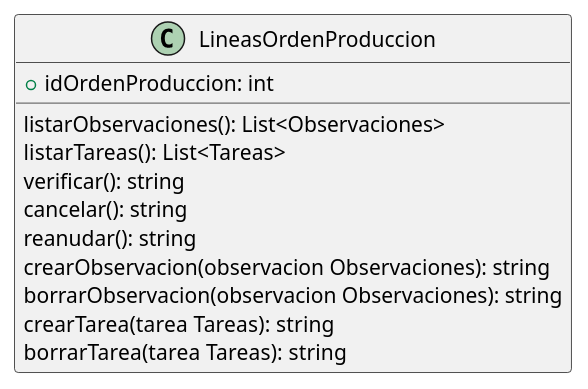
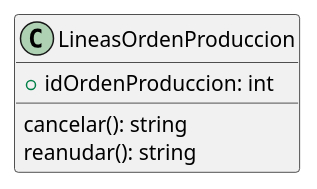
The diagram in DiagramaClases/Clases/LineasOrdenProduccion.puml (ZMGestion/DocumentacionZMGestion), drawn with PlantUML before and after one commit. The commit also changed 7 other files, not shown here.

```diff
--- a/DiagramaClases/Clases/LineasOrdenProduccion.puml
+++ b/DiagramaClases/Clases/LineasOrdenProduccion.puml
@@ -1,15 +1,9 @@
 @startuml LineasOrdenProduccion
 class LineasOrdenProduccion{
     +idOrdenProduccion: int
 
-    listarObservaciones(): List<Observaciones>
-    listarTareas(): List<Tareas>
-    verificar(): string
     cancelar(): string
     reanudar(): string
-    crearObservacion(observacion Observaciones): string
-    borrarObservacion(observacion Observaciones): string
-    crearTarea(tarea Tareas): string
-    borrarTarea(tarea Tareas): string
+
 }
 @enduml
```
